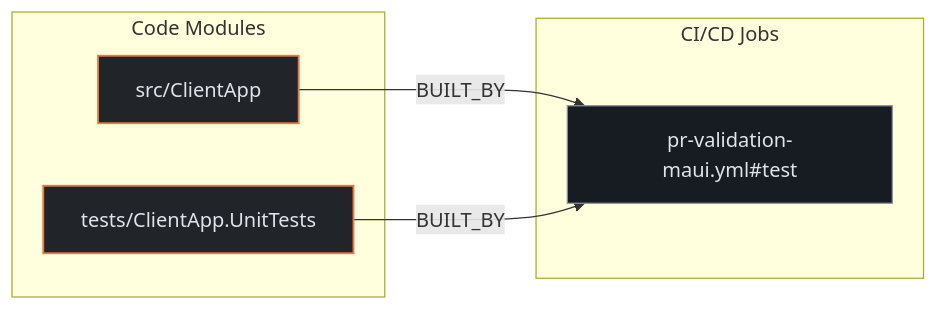
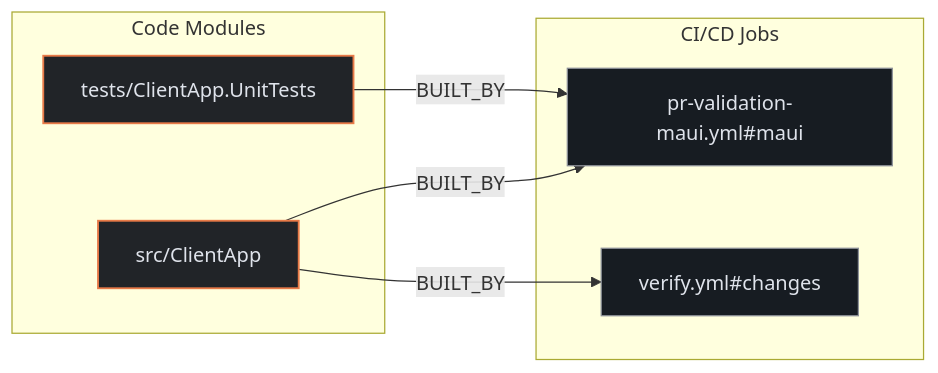
The second of 3 diagrams in exports/latest/reports/dotnet-eShop-report.md (kumarshaz/atruss-code-atlas), drawn with Mermaid before and after one commit. The commit also changed other lines of this file and 51 other files, not shown here.

````diff
--- a/exports/latest/reports/dotnet-eShop-report.md
+++ b/exports/latest/reports/dotnet-eShop-report.md
@@ -244,17 +243,19 @@
 ```mermaid
 flowchart LR
     %% title: Code-to-Cloud Deployment Traceability
     classDef atlasCategory fill:#212428,stroke:#E87A48,stroke-width:1.5px,color:#dfe3eb
     classDef atlasWorkflow fill:#1b2026,stroke:#a3c9ff,stroke-width:1.5px,color:#dfe3eb
     classDef atlasJob fill:#171c22,stroke:#8d9199,stroke-width:1px,color:#dfe3eb
     classDef atlasTarget fill:#005227,stroke:#8bd99b,stroke-width:1.5px,color:#a7f6b6
     subgraph code_modules["Code Modules"]
         mod_src_ClientApp["src/ClientApp"]:::atlasCategory
         mod_tests_ClientApp_UnitTests["tests/ClientApp.UnitTests"]:::atlasCategory
     end
     subgraph ci_jobs["CI/CD Jobs"]
-        job_pr_validation_maui_yml_test["pr-validation-maui.yml#test"]:::atlasJob
+        job_pr_validation_maui_yml_maui["pr-validation-maui.yml#maui"]:::atlasJob
+        job_verify_yml_changes["verify.yml#changes"]:::atlasJob
     end
-    mod_src_ClientApp -->|BUILT_BY| job_pr_validation_maui_yml_test
-    mod_tests_ClientApp_UnitTests -->|BUILT_BY| job_pr_validation_maui_yml_test
+    mod_src_ClientApp -->|BUILT_BY| job_pr_validation_maui_yml_maui
+    mod_src_ClientApp -->|BUILT_BY| job_verify_yml_changes
+    mod_tests_ClientApp_UnitTests -->|BUILT_BY| job_pr_validation_maui_yml_maui
 ```
````
